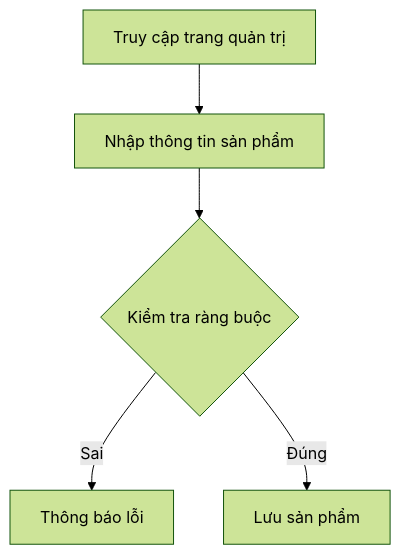
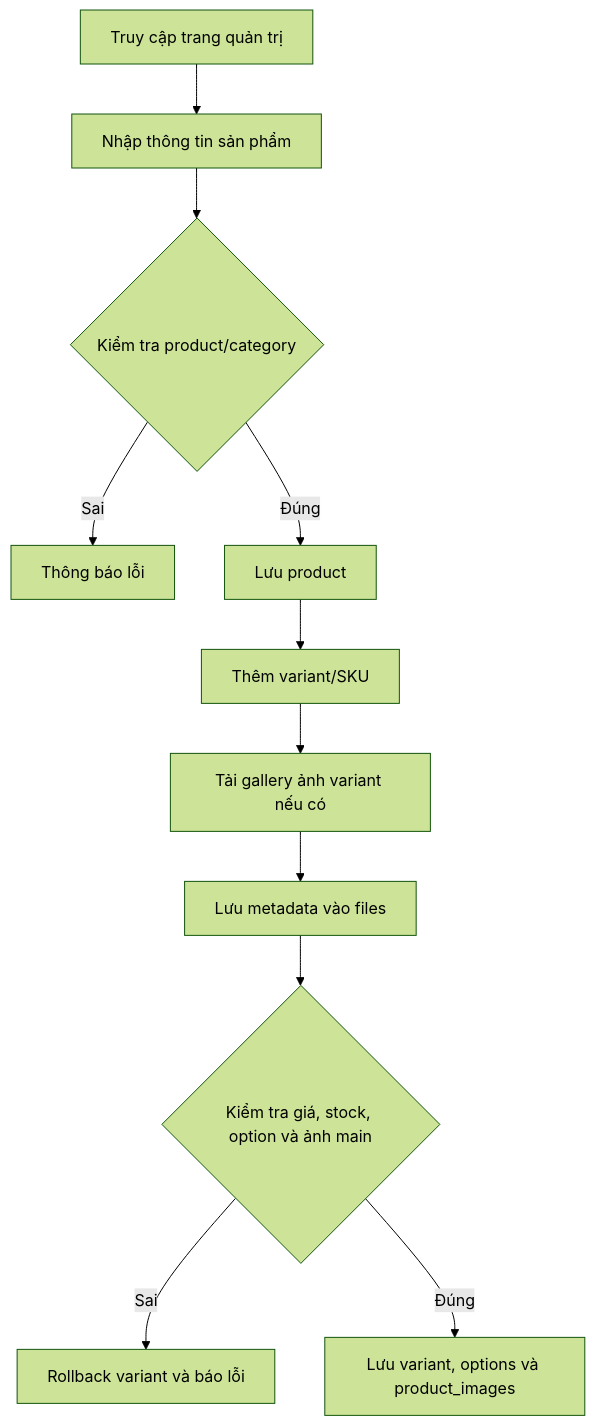
The diagram in 01-business/workflows/product-creation-flow.md (pc-shopping-assistant-org/docs), drawn with Mermaid (forest theme) before and after one commit. The commit also changed 21 other files, not shown here.

````diff
--- a/01-business/workflows/product-creation-flow.md
+++ b/01-business/workflows/product-creation-flow.md
@@ -5,7 +5,13 @@
 ```mermaid
 flowchart TD
     A[Truy cập trang quản trị] --> B[Nhập thông tin sản phẩm]
-    B --> C{Kiểm tra ràng buộc}
+    B --> C{Kiểm tra product/category}
     C -- Sai --> D[Thông báo lỗi]
-    C -- Đúng --> E[Lưu sản phẩm]
+    C -- Đúng --> E[Lưu product]
+    E --> F[Thêm variant/SKU]
+    F --> G[Tải gallery ảnh variant nếu có]
+    G --> H[Lưu metadata vào files]
+    H --> I{Kiểm tra giá, stock, option và ảnh main}
+    I -- Sai --> J[Rollback variant và báo lỗi]
+    I -- Đúng --> K[Lưu variant, options và product_images]
 ```
````
